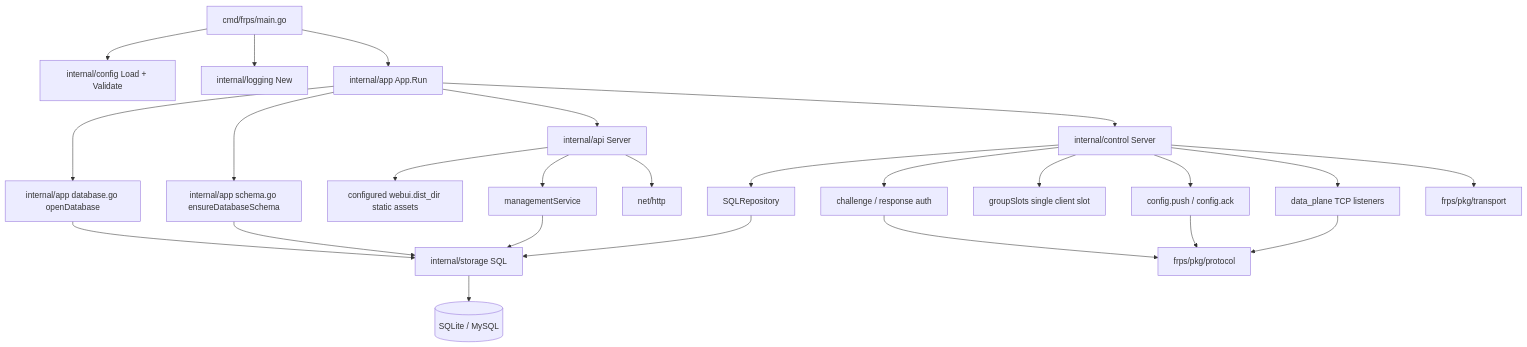
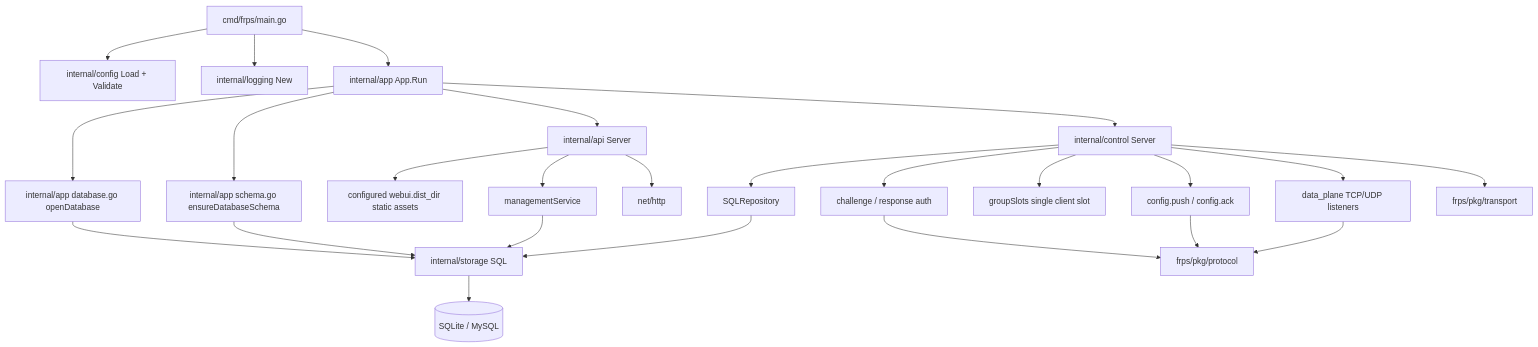
Before and after one commit to Zightch/frp: the second of 6 diagrams in docs/frps-frpc-current-architecture.md, drawn with Mermaid. The commit also changed other lines of this file and 13 other files, not shown here.

````diff
--- a/docs/frps-frpc-current-architecture.md
+++ b/docs/frps-frpc-current-architecture.md
@@ -42,32 +43,32 @@
 ```mermaid
 flowchart TB
     Main[cmd/frps/main.go] --> Config[internal/config Load + Validate]
     Main --> Logging[internal/logging New]
     Main --> App[internal/app App.Run]
 
     App --> DBInit[internal/app database.go openDatabase]
     App --> Schema[internal/app schema.go ensureDatabaseSchema]
     DBInit --> Store[internal/storage SQL]
     Schema --> Store
     Store --> DB[(SQLite / MySQL)]
 
     App --> API[internal/api Server]
     App --> Control[internal/control Server]
 
     API --> WebUI[configured webui.dist_dir static assets]
     API --> Mgmt[managementService]
     Mgmt --> Store
 
     Control --> Repo[SQLRepository]
     Repo --> Store
     Control --> Auth[challenge / response auth]
     Control --> Slot[groupSlots single client slot]
     Control --> ConfigPush[config.push / config.ack]
-    Control --> DataPlane[data_plane TCP listeners]
+    Control --> DataPlane[data_plane TCP/UDP listeners]
 
     Auth --> Protocol[frps/pkg/protocol]
     ConfigPush --> Protocol
     DataPlane --> Protocol
     Control --> Transport[frps/pkg/transport]
     API --> HTTP[net/http]
 ```
````
